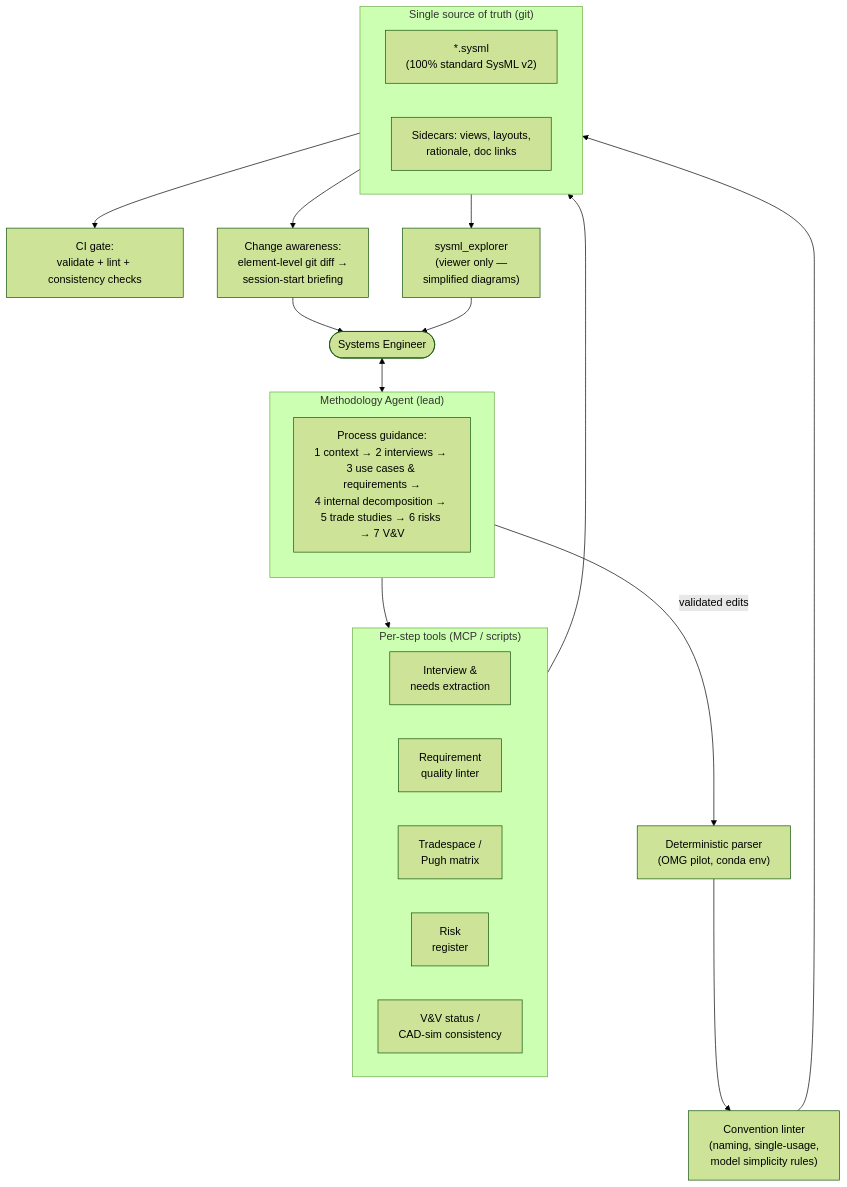
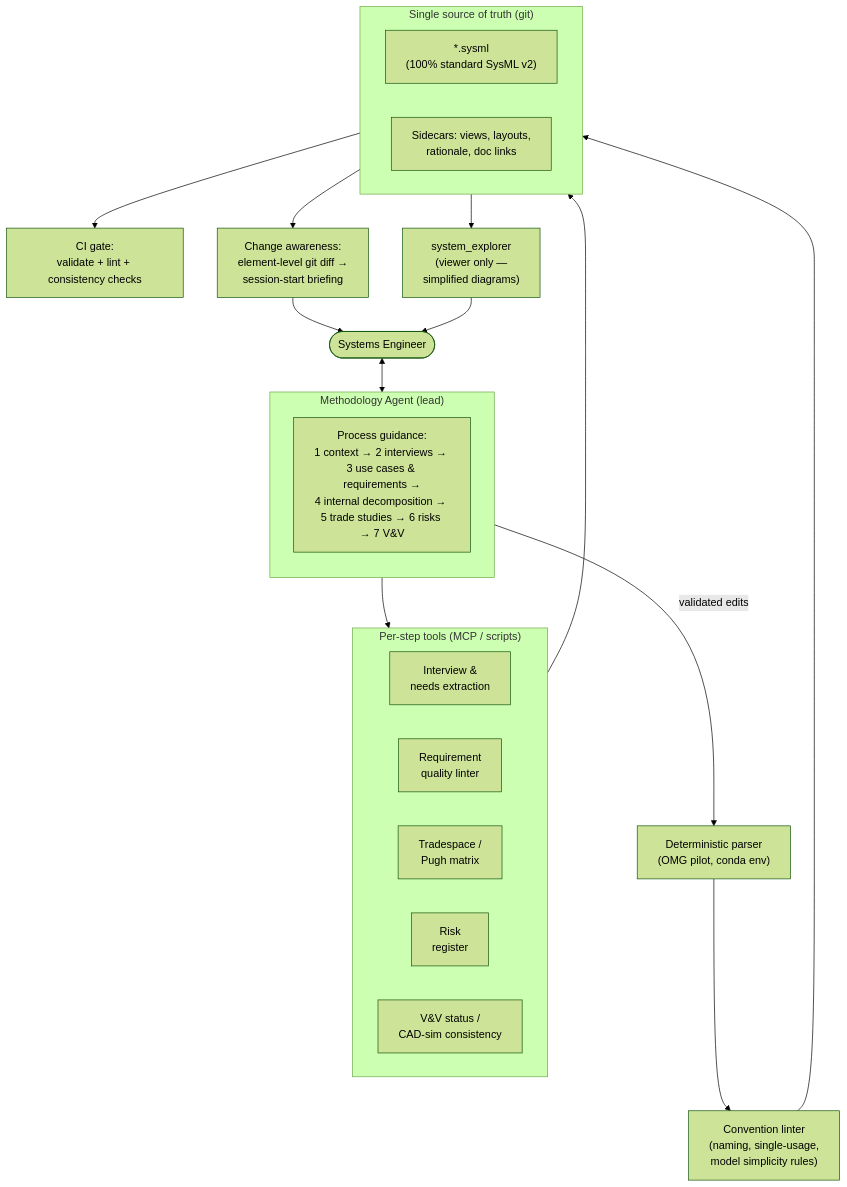
Before and after one commit to PatrykPrezyna/SE_assistant: the diagram in ARCHITECTURE.md, drawn with Mermaid (forest theme). The commit also changed other lines of this file and 90 other files, not shown here.

Commit message:
rename to system_explorer

````diff
--- a/ARCHITECTURE.md
+++ b/ARCHITECTURE.md
@@ -98,42 +100,42 @@
 ```mermaid
 flowchart TB
     SE([Systems Engineer])
 
     subgraph AGENT["Methodology Agent (lead)"]
         direction TB
         PROC["Process guidance:<br/>1 context → 2 interviews → 3 use cases &amp; requirements →<br/>4 internal decomposition → 5 trade studies → 6 risks → 7 V&amp;V"]
     end
 
     subgraph TOOLS["Per-step tools (MCP / scripts)"]
         direction LR
         T1["Interview &amp;<br/>needs extraction"]
         T2["Requirement<br/>quality linter"]
         T3["Tradespace /<br/>Pugh matrix"]
         T4["Risk<br/>register"]
         T5["V&amp;V status /<br/>CAD-sim consistency"]
     end
 
     subgraph MODEL["Single source of truth (git)"]
         direction LR
         SYSML["*.sysml<br/>(100% standard SysML v2)"]
         SIDE["Sidecars: views, layouts,<br/>rationale, doc links"]
     end
 
     PARSER["Deterministic parser<br/>(OMG pilot, conda env)"]
     LINT["Convention linter<br/>(naming, single-usage,<br/>model simplicity rules)"]
     CI["CI gate:<br/>validate + lint + consistency checks"]
-    VIEWER["sysml_explorer<br/>(viewer only —<br/>simplified diagrams)"]
+    VIEWER["system_explorer<br/>(viewer only —<br/>simplified diagrams)"]
     CHANGE["Change awareness:<br/>element-level git diff →<br/>session-start briefing"]
 
     SE <--> AGENT
     AGENT --> TOOLS
     TOOLS --> MODEL
     AGENT -->|"validated edits"| PARSER
     PARSER --> LINT
     LINT --> MODEL
     MODEL --> CI
     MODEL --> VIEWER
     MODEL --> CHANGE
     CHANGE --> SE
     VIEWER --> SE
 ```
````
